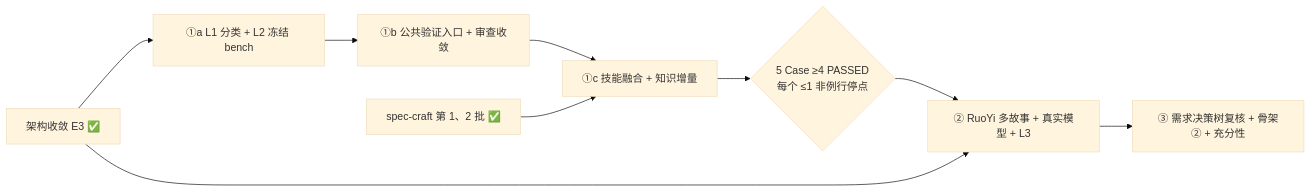
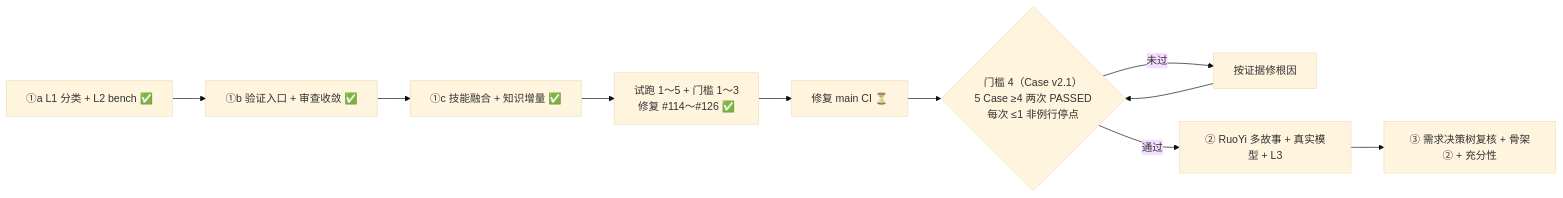
The diagram in docs/roadmap.md (jinlin725168-ai/storyloop), drawn with Mermaid (base theme) before and after one commit. The commit also changed other lines of this file and 6 other files, not shown here.

````diff
--- a/docs/roadmap.md
+++ b/docs/roadmap.md
@@ -65,11 +81,11 @@
 ```mermaid
 flowchart LR
-    E3["架构收敛 E3 ✅"] --> A["①a L1 分类 + L2 冻结 bench"]
-    A --> B["①b 公共验证入口 + 审查收敛"]
-    B --> C["①c 技能融合 + 知识增量"]
-    C --> G{"5 Case ≥4 PASSED<br/>每个 ≤1 非例行停点"}
-    G --> X["② RuoYi 多故事 + 真实模型 + L3"]
+    A["①a L1 分类 + L2 bench ✅"] --> B["①b 验证入口 + 审查收敛 ✅"]
+    B --> C["①c 技能融合 + 知识增量 ✅"]
+    C --> P["试跑 1～5 + 门槛 1～3<br/>修复 #114～#126 ✅"]
+    P --> CI["修复 main CI ⏳"]
+    CI --> G{"门槛 4（Case v2.1）<br/>5 Case ≥4 两次 PASSED<br/>每次 ≤1 非例行停点"}
+    G -->|未过| F["按证据修根因"] --> G
+    G -->|通过| X["② RuoYi 多故事 + 真实模型 + L3"]
     X --> Y["③ 需求决策树复核 + 骨架② + 充分性"]
-    S["spec-craft 第 1、2 批 ✅"] --> C
-    E3 --> X
 ```
````
